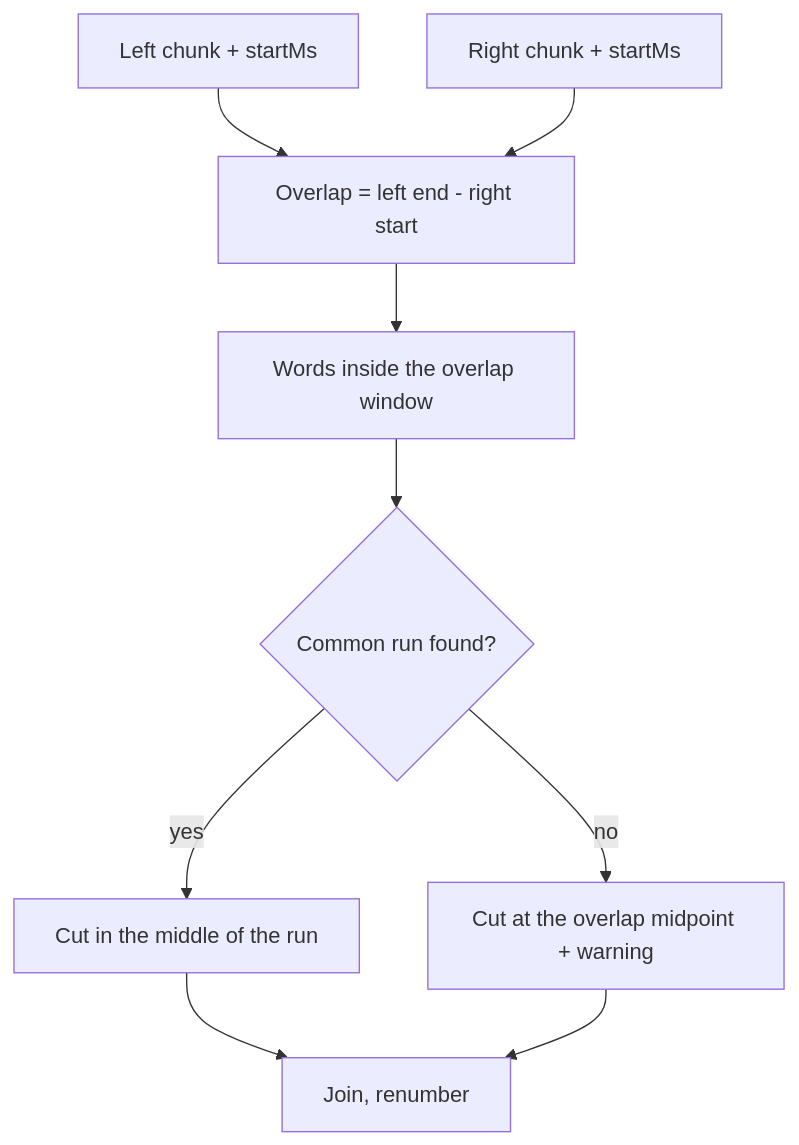
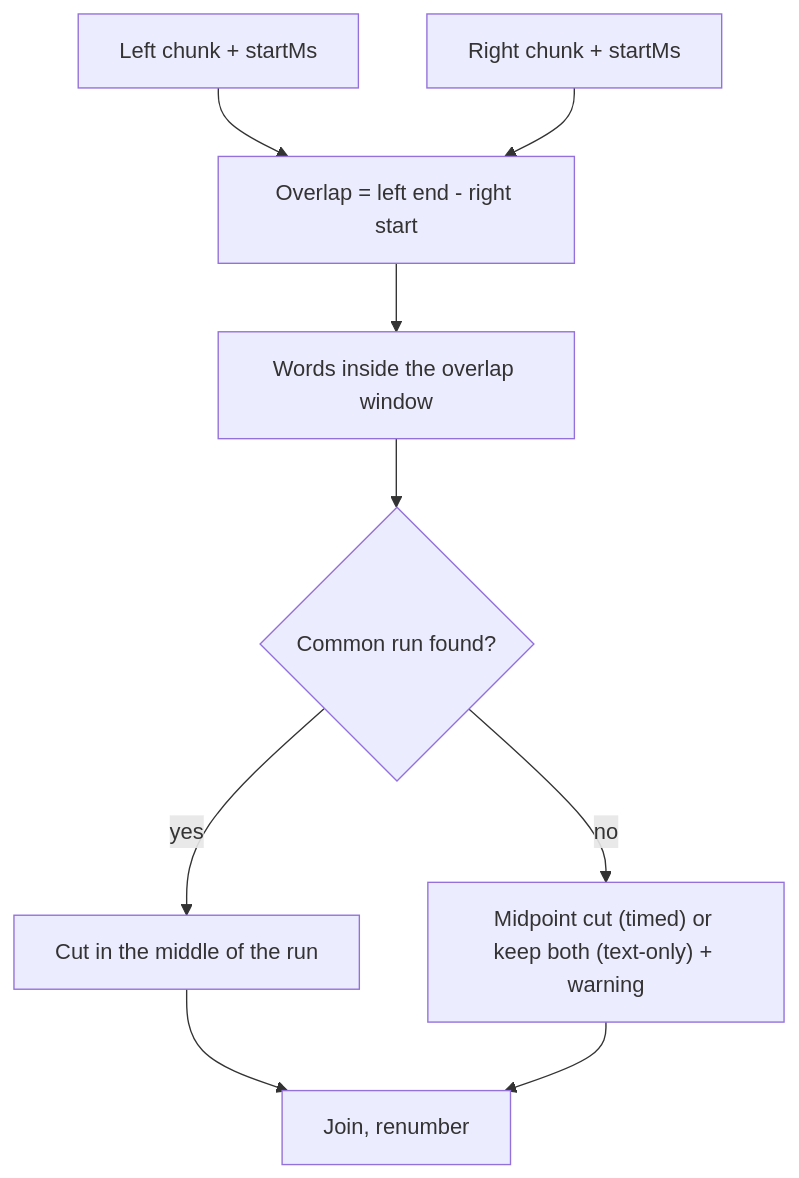
Before and after one commit to LeeGyeongPil/transcript-stitch: the second of 2 diagrams in README.md, drawn with Mermaid. The commit also changed other lines of this file and 6 other files, not shown here.

First line of the commit message:
fix(cli): report package version and clarify text-only NO_MATCH

````diff
--- a/README.md
+++ b/README.md
@@ -157,11 +157,11 @@
 ```mermaid
 flowchart TD
   L[Left chunk + startMs] --> O[Overlap = left end - right start]
   R[Right chunk + startMs] --> O
   O --> W[Words inside the overlap window]
   W --> M{Common run found?}
   M -- yes --> C[Cut in the middle of the run]
-  M -- no --> P[Cut at the overlap midpoint + warning]
+  M -- no --> P["Midpoint cut (timed) or keep both (text-only) + warning"]
   C --> J[Join, renumber]
   P --> J
 ```
````
